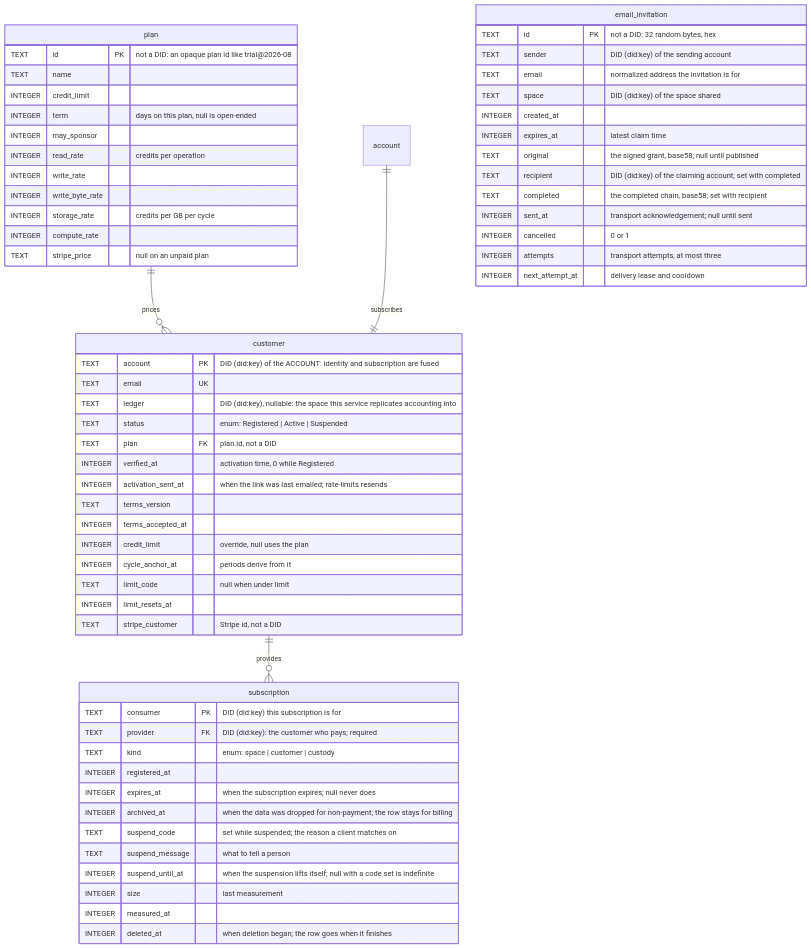
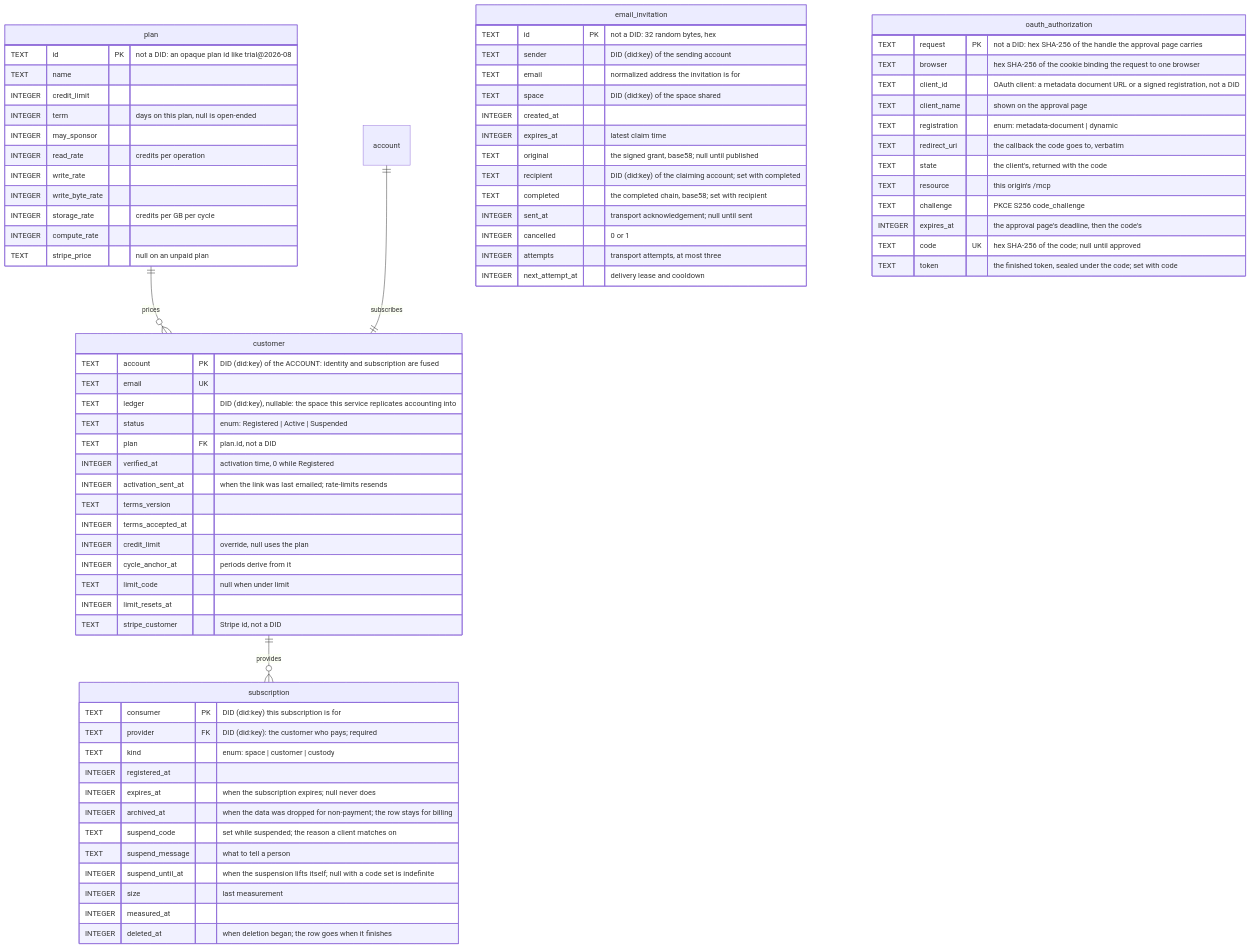
One commit to tonk-labs/tonk changed the first of 4 diagrams in docs/access-control-schema.md. Above: the diagram before and after it, drawn with Mermaid. The commit also changed other lines of this file and 17 other files, not shown here.

First line of the commit message:
feat(access): authorize, code store and token endpoint for /mcp OAuth

````diff
--- a/docs/access-control-schema.md
+++ b/docs/access-control-schema.md
@@ -77,4 +77,19 @@
         INTEGER attempts "transport attempts, at most three"
         INTEGER next_attempt_at "delivery lease and cooldown"
     }
+
+    oauth_authorization {
+        TEXT request PK "not a DID: hex SHA-256 of the handle the approval page carries"
+        TEXT browser "hex SHA-256 of the cookie binding the request to one browser"
+        TEXT client_id "OAuth client: a metadata document URL or a signed registration, not a DID"
+        TEXT client_name "shown on the approval page"
+        TEXT registration "enum: metadata-document | dynamic"
+        TEXT redirect_uri "the callback the code goes to, verbatim"
+        TEXT state "the client's, returned with the code"
+        TEXT resource "this origin's /mcp"
+        TEXT challenge "PKCE S256 code_challenge"
+        INTEGER expires_at "the approval page's deadline, then the code's"
+        TEXT code UK "hex SHA-256 of the code; null until approved"
+        TEXT token "the finished token, sealed under the code; set with code"
+    }
 ```
````
